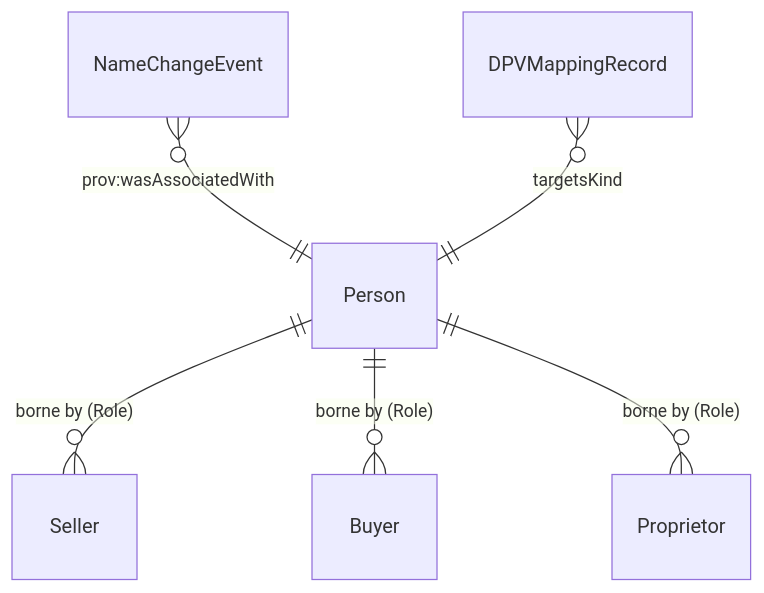
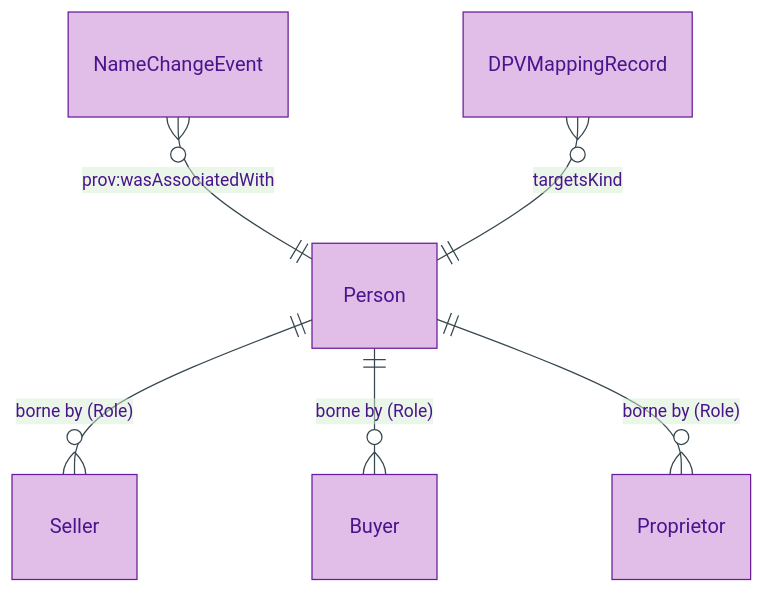
The first of 2 diagrams in docs/manual/logical/agent/person.md (sparkling/opda), drawn with Mermaid before and after one commit. The commit also changed other lines of this file and 179 other files, not shown here.

First line of the commit message:
docs(manual): Logical-tier diagram expansion via /diagramming skill

````diff
--- a/docs/manual/logical/agent/person.md
+++ b/docs/manual/logical/agent/person.md
@@ -37,8 +42,12 @@
 ```mermaid
+%%{init: {"theme": "base", "themeVariables": {"primaryColor": "#E1BEE7", "primaryTextColor": "#4A148C", "primaryBorderColor": "#6A1B9A", "lineColor": "#37474F"}}}%%
 erDiagram
+    accTitle: Person — Entity-Relationship Diagram
+    accDescr: Direct-neighbour view of Person — bearer for Seller, Buyer, Proprietor Roles, associated with NameChangeEvent via PROV-O, target of DPVMappingRecord.
+
     Person ||--o{ Seller : "borne by (Role)"
     Person ||--o{ Buyer : "borne by (Role)"
     Person ||--o{ Proprietor : "borne by (Role)"
     NameChangeEvent }o--|| Person : "prov:wasAssociatedWith"
     DPVMappingRecord }o--|| Person : "targetsKind"
 ```
````
